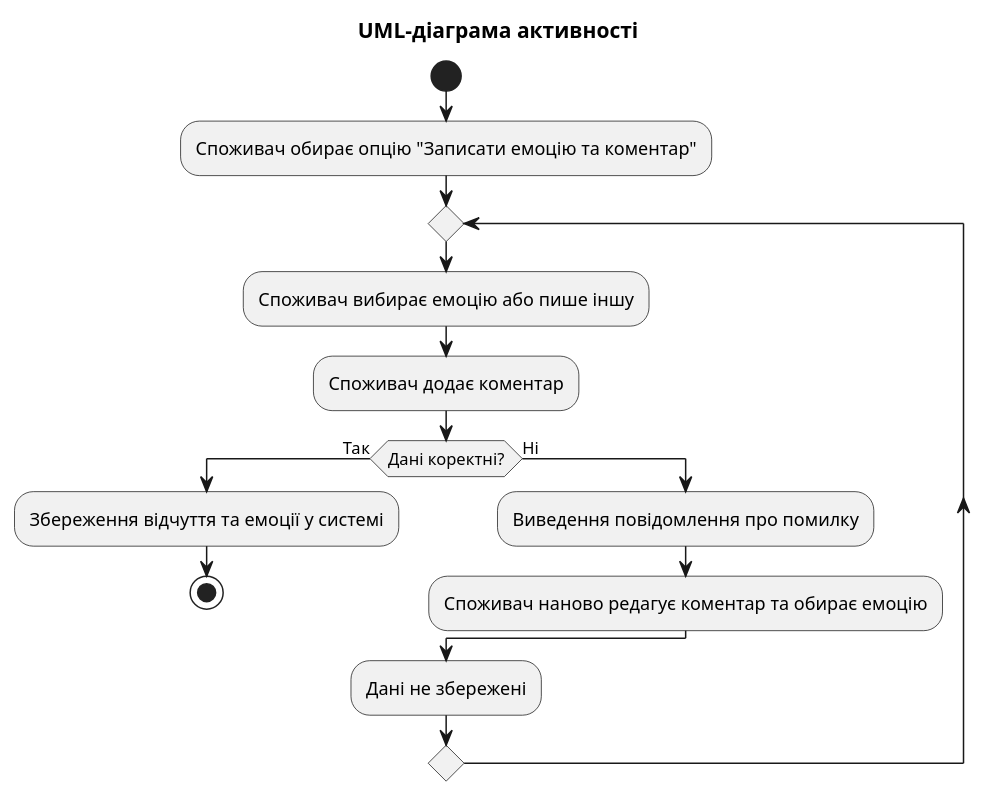
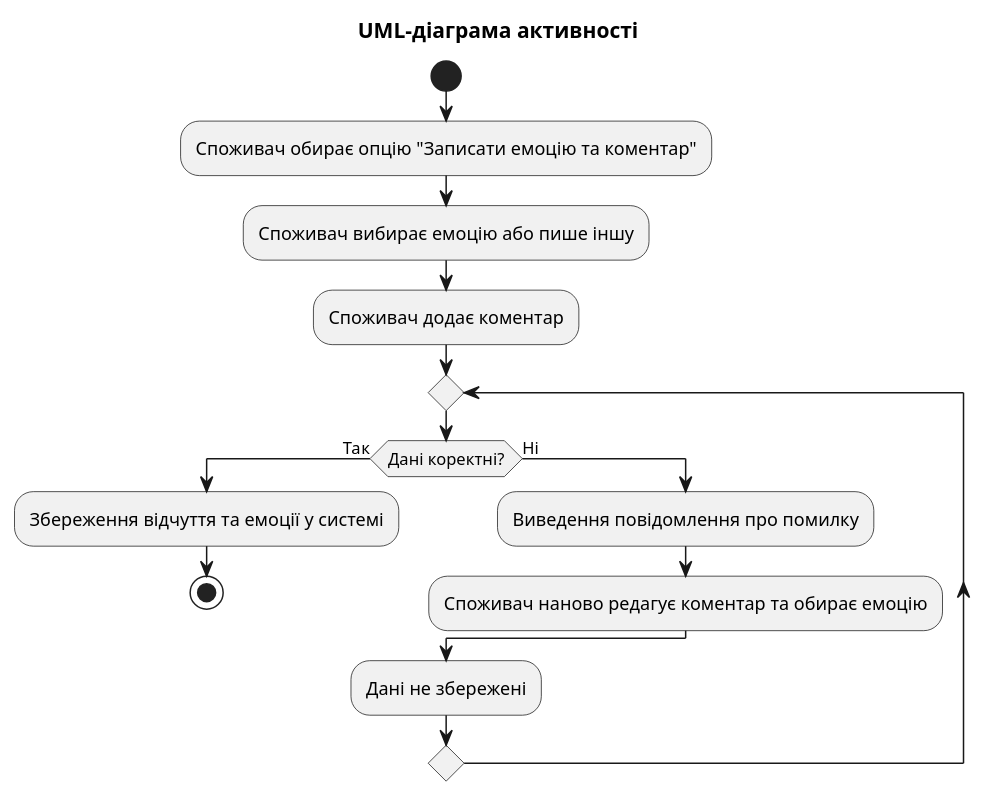
Before and after one commit to oleksandrblazhko/ai-214-shkuropatova: the diagram in 2-SoftwareDesign/2.7-PlantUML/UML-Activity.puml, drawn with PlantUML.

```diff
--- a/2-SoftwareDesign/2.7-PlantUML/UML-Activity.puml
+++ b/2-SoftwareDesign/2.7-PlantUML/UML-Activity.puml
@@ -1,23 +1,24 @@
 @startuml
 
 title UML-діаграма активності
 
 start
 
 :Споживач обирає опцію "Записати емоцію та коментар";
 
-repeat
+
   :Споживач вибирає емоцію або пише іншу;
   :Споживач додає коментар;
 
+repeat
   if (Дані коректні?) then (Так)
     :Збереження відчуття та емоції у системі;
     stop
   else (Ні)
     :Виведення повідомлення про помилку;
     :Споживач наново редагує коментар та обирає емоцію;
   endif
 :Дані не збережені;
 repeat while ();
 
 @enduml
```
